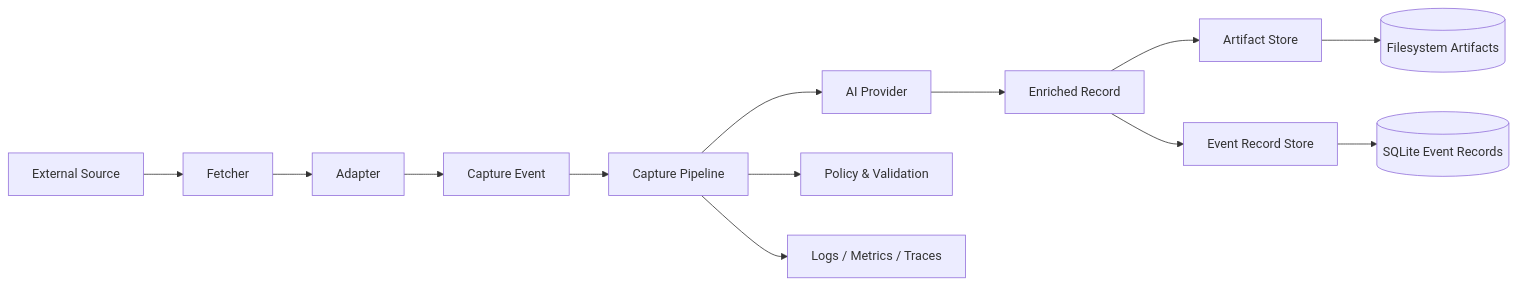
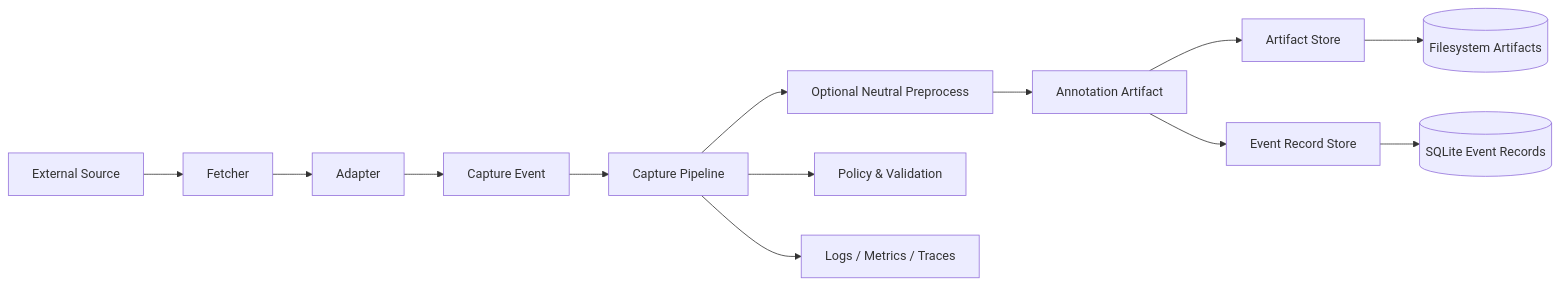
One commit to LoveOrange/shiyi changed the diagram in README.md. Above: the diagram before and after it, drawn with Mermaid. The commit also changed other lines of this file and 10 other files, not shown here.

````diff
--- a/README.md
+++ b/README.md
@@ -24,15 +32,15 @@
 ```mermaid
 flowchart LR
   Source[External Source] --> Fetcher[Fetcher]
   Fetcher --> Adapter[Adapter]
   Adapter --> CaptureEvent[Capture Event]
   CaptureEvent --> Pipeline[Capture Pipeline]
-  Pipeline --> AI[AI Provider]
-  AI --> Enriched[Enriched Record]
+  Pipeline --> Preprocess[Optional Neutral Preprocess]
+  Preprocess --> Annotation[Annotation Artifact]
   Pipeline --> Policy[Policy & Validation]
-  Enriched --> ArtifactStore[Artifact Store]
-  Enriched --> EventRecordStore[Event Record Store]
+  Annotation --> ArtifactStore[Artifact Store]
+  Annotation --> EventRecordStore[Event Record Store]
   ArtifactStore --> FS[(Filesystem Artifacts)]
   EventRecordStore --> SQLite[(SQLite Event Records)]
   Pipeline --> Telemetry[Logs / Metrics / Traces]
 ```
````
